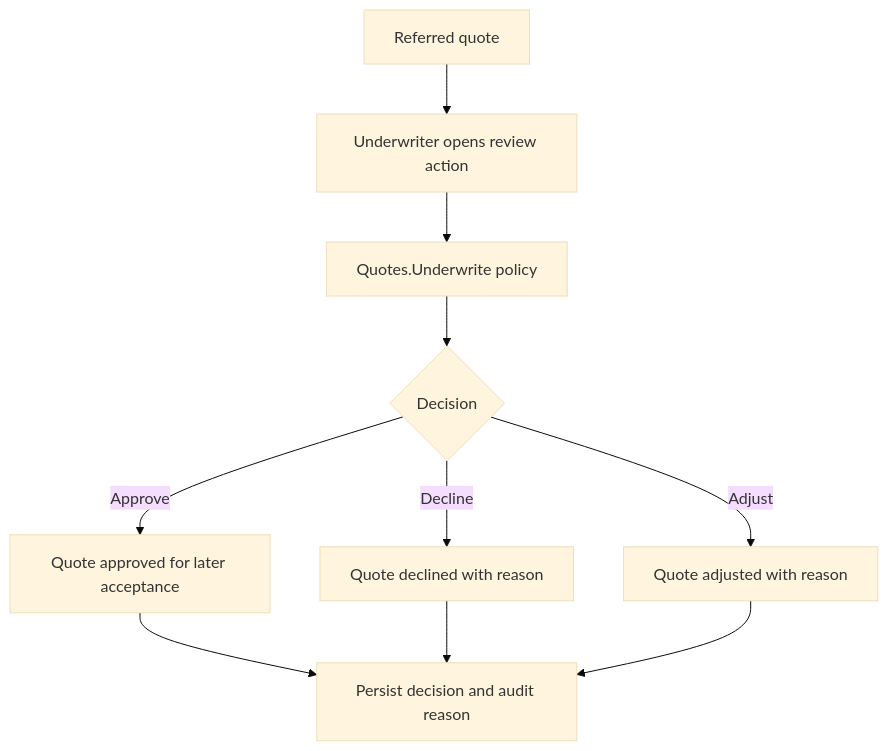
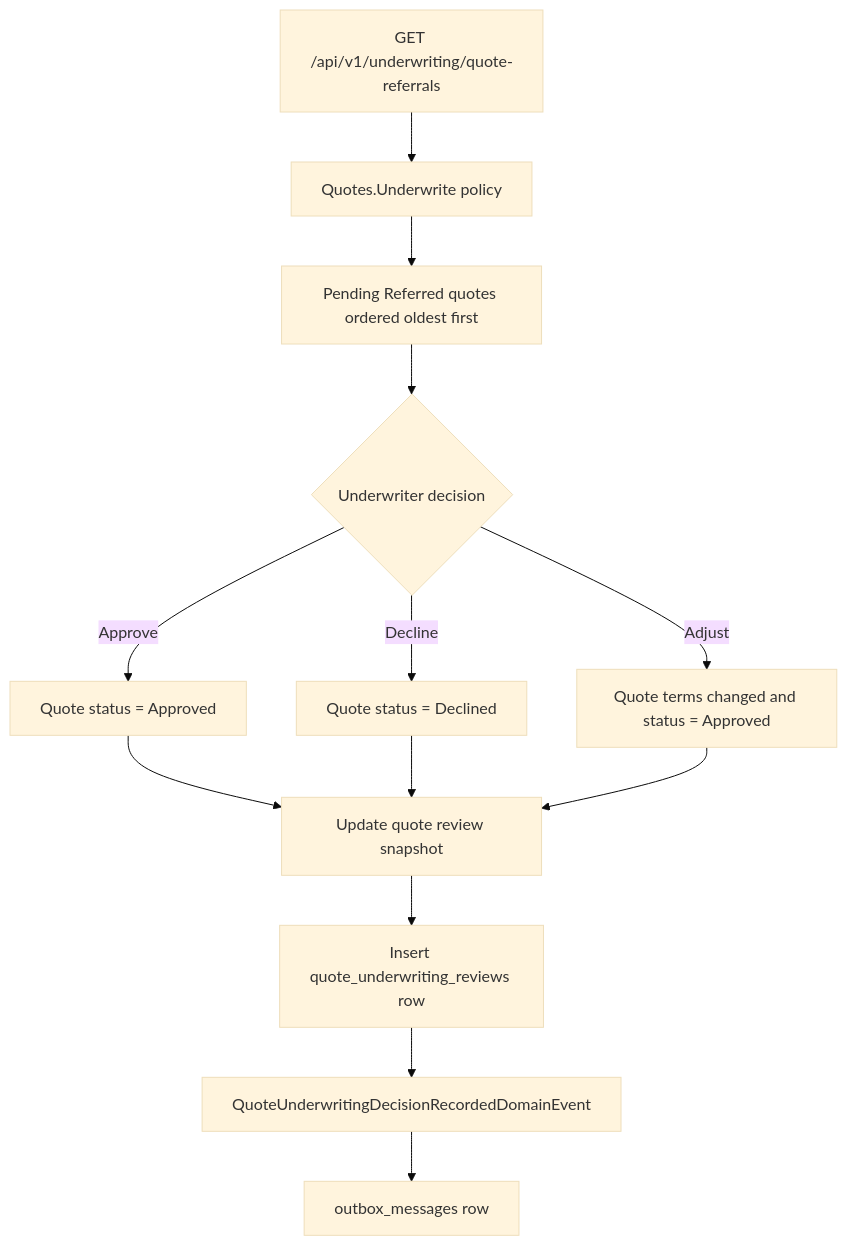
Before and after one commit to paulbuer08/LIAnsureProtect: the diagram in docs/dev/milestone-18-underwriting-referral-foundation-learnings.md, drawn with Mermaid (base theme). The commit also changed other lines of this file and 37 other files, not shown here.

````diff
--- a/docs/dev/milestone-18-underwriting-referral-foundation-learnings.md
+++ b/docs/dev/milestone-18-underwriting-referral-foundation-learnings.md
@@ -85,12 +108,15 @@
 ```mermaid
 flowchart TD
-    Quote["Referred quote"] --> Underwriter["Underwriter opens review action"]
-    Underwriter --> Policy["Quotes.Underwrite policy"]
-    Policy --> Decision{"Decision"}
-    Decision -- Approve --> Approved["Quote approved for later acceptance"]
-    Decision -- Decline --> Declined["Quote declined with reason"]
-    Decision -- Adjust --> Adjusted["Quote adjusted with reason"]
-    Approved --> Persist["Persist decision and audit reason"]
-    Declined --> Persist
-    Adjusted --> Persist
+    Queue["GET /api/v1/underwriting/quote-referrals"] --> Policy["Quotes.Underwrite policy"]
+    Policy --> Pending["Pending Referred quotes ordered oldest first"]
+    Pending --> Decision{"Underwriter decision"}
+    Decision -- Approve --> Approved["Quote status = Approved"]
+    Decision -- Decline --> Declined["Quote status = Declined"]
+    Decision -- Adjust --> Adjusted["Quote terms changed and status = Approved"]
+    Approved --> Snapshot["Update quote review snapshot"]
+    Declined --> Snapshot
+    Adjusted --> Snapshot
+    Snapshot --> Audit["Insert quote_underwriting_reviews row"]
+    Audit --> Event["QuoteUnderwritingDecisionRecordedDomainEvent"]
+    Event --> Outbox["outbox_messages row"]
 ```
````
